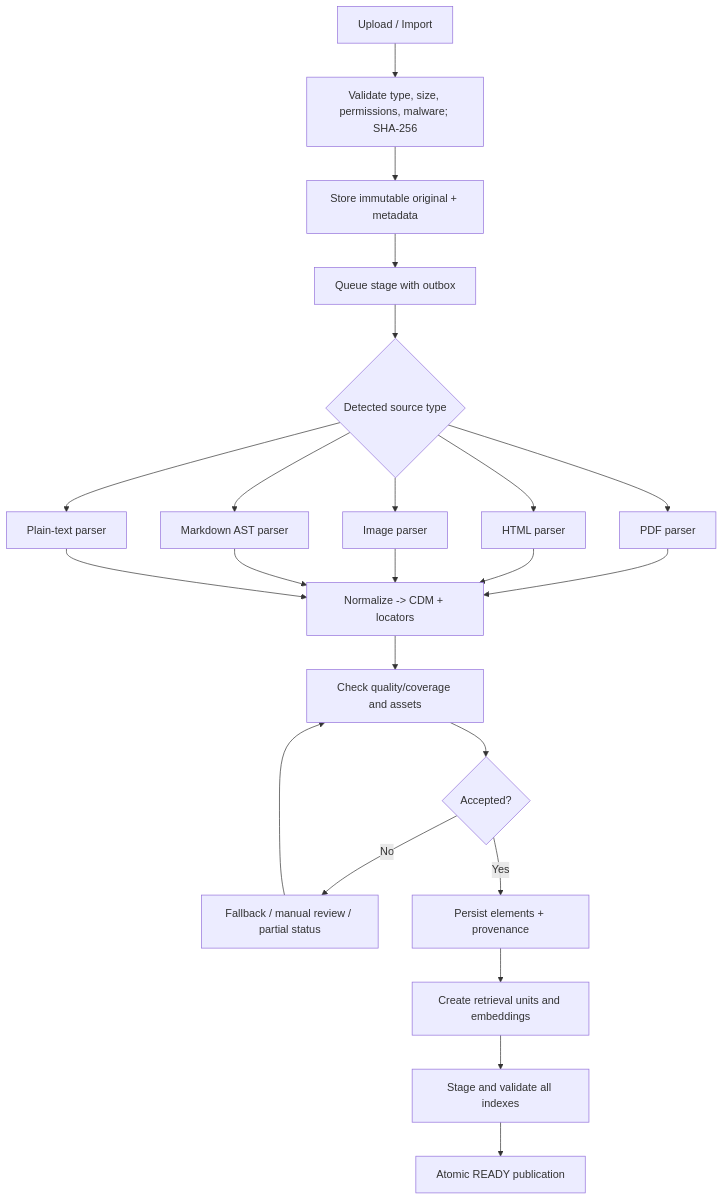
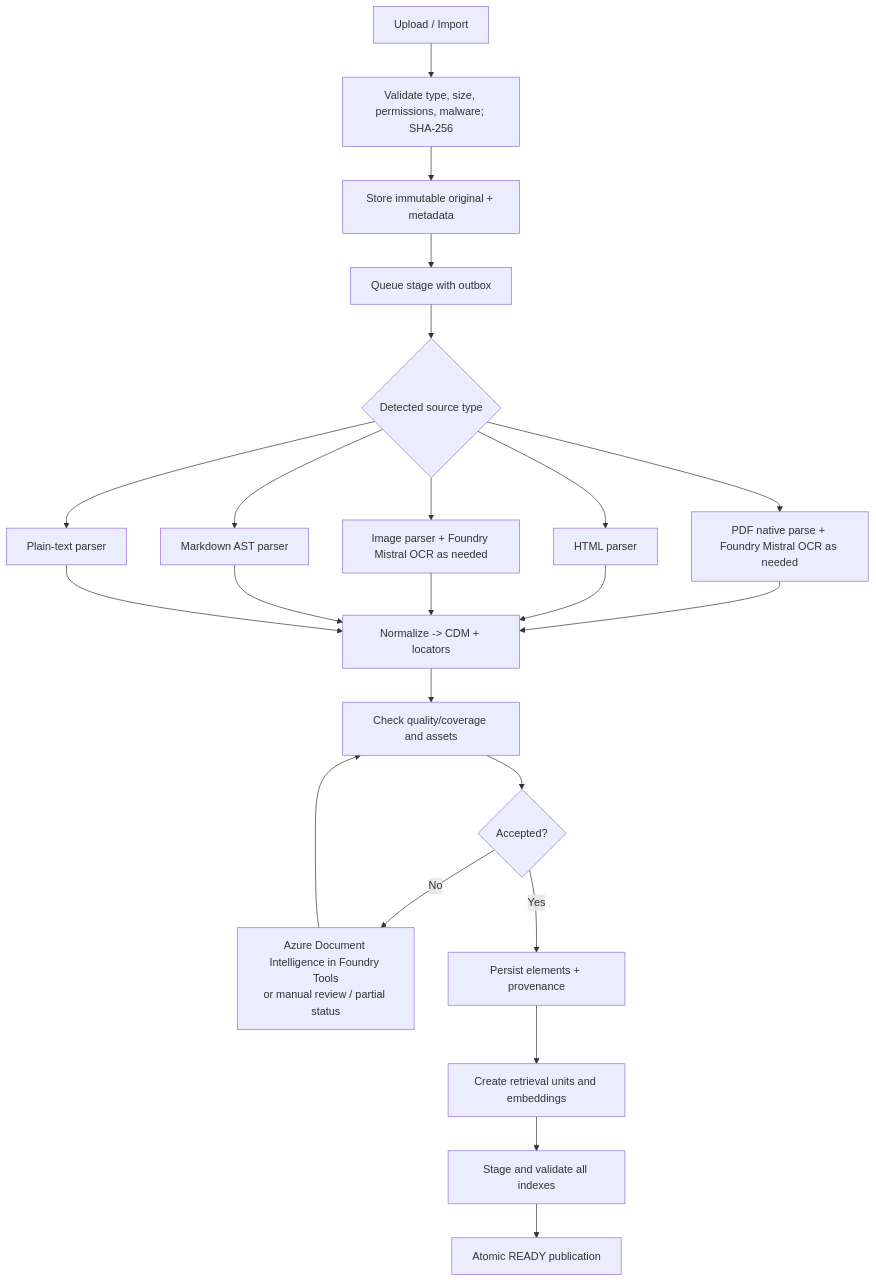
One commit to sks710931/rag-pipeline changed the second of 3 diagrams in docs/architecture.md. Above: the diagram before and after it, drawn with Mermaid. The commit also changed other lines of this file, not shown here.

Commit message:
docs: route primary OCR through Azure Foundry Mistral with Document Intelligence fallback

```diff
--- a/docs/architecture.md
+++ b/docs/architecture.md
@@ -248,30 +304,30 @@
 ~~~mermaid
 flowchart TD
     U["Upload / Import"]
     V["Validate type, size, permissions, malware; SHA-256"]
     S["Store immutable original + metadata"]
     Q["Queue stage with outbox"]
     D{"Detected source type"}
-    P["PDF parser"]
+    P["PDF native parse + Foundry Mistral OCR as needed"]
     H["HTML parser"]
-    I["Image parser"]
+    I["Image parser + Foundry Mistral OCR as needed"]
     MD["Markdown AST parser"]
     T["Plain-text parser"]
     N["Normalize -> CDM + locators"]
     C["Check quality/coverage and assets"]
     F{"Accepted?"}
-    R["Fallback / manual review / partial status"]
+    R["Azure Document Intelligence in Foundry Tools<br/>or manual review / partial status"]
     K["Persist elements + provenance"]
     X["Create retrieval units and embeddings"]
     Y["Stage and validate all indexes"]
     PUB["Atomic READY publication"]
     U --> V --> S --> Q --> D
     D --> P --> N
     D --> H --> N
     D --> I --> N
     D --> MD --> N
     D --> T --> N
     N --> C --> F
     F -->|No| R --> C
     F -->|Yes| K --> X --> Y --> PUB
 ~~~
```
